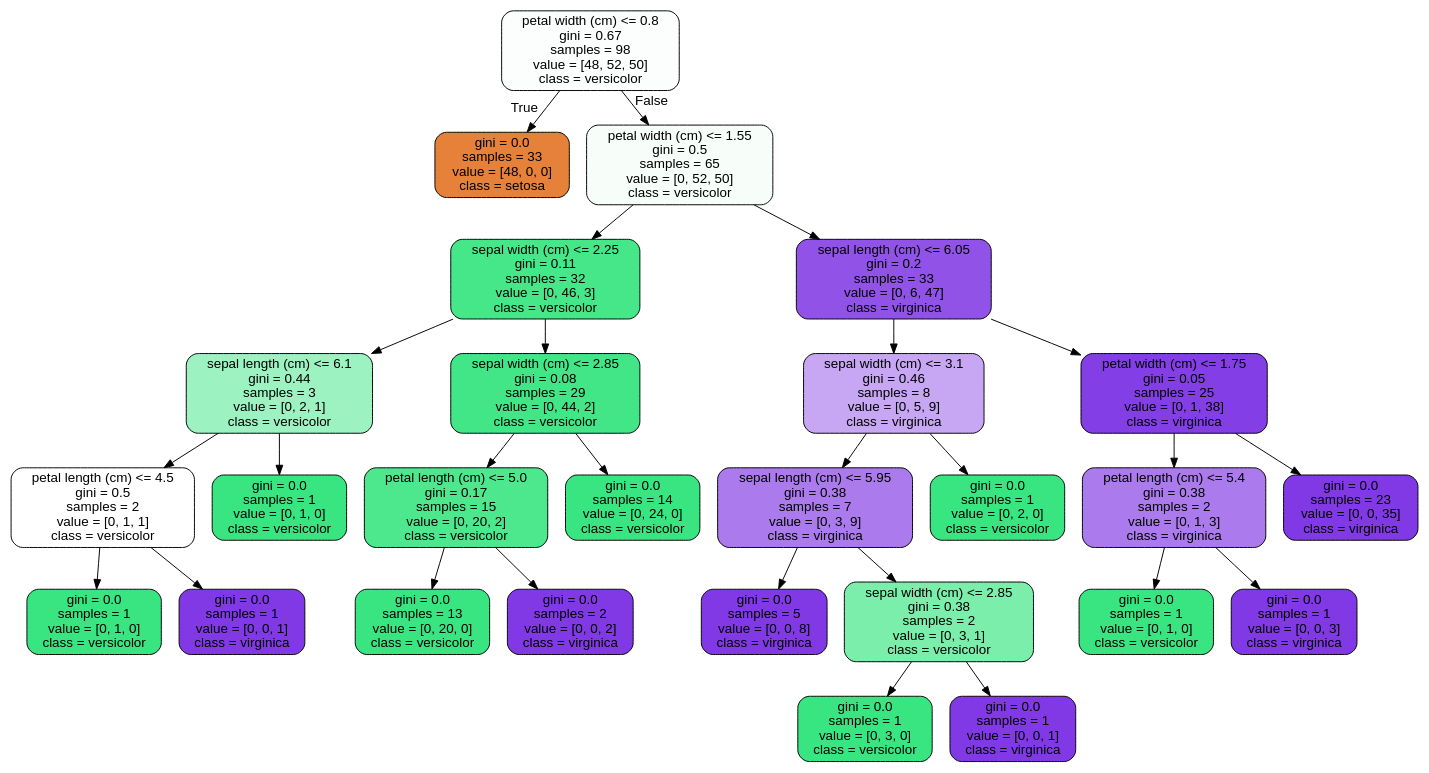
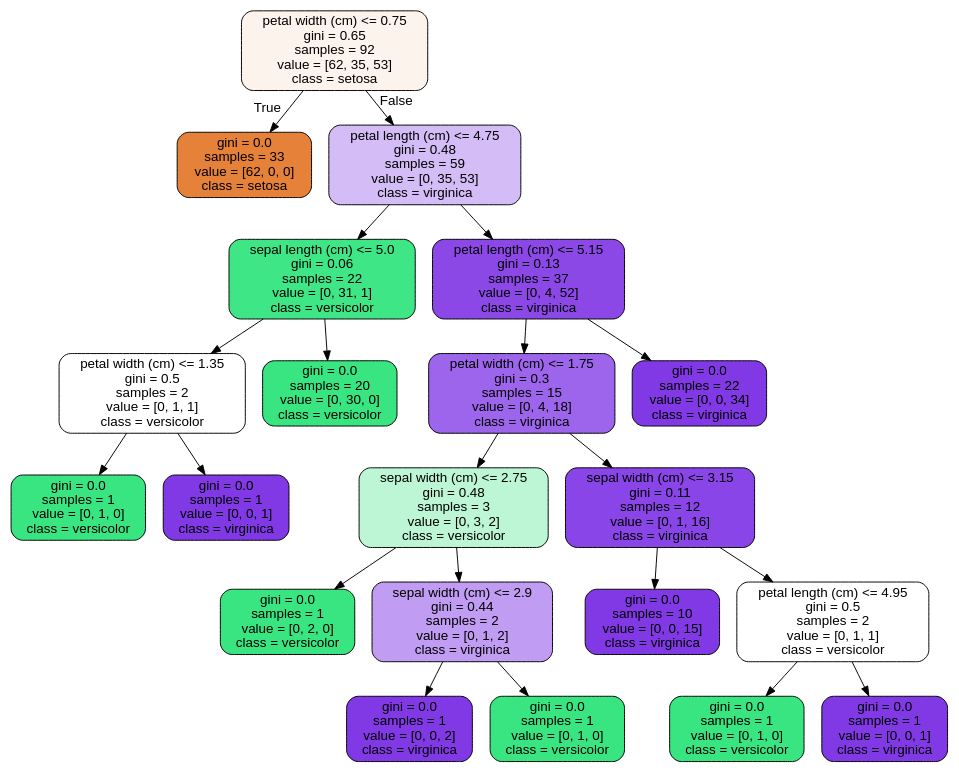
Before and after one commit to tripfernandes/RandomForest-Covid-Case-Study_06302020: the diagram in tree.dot, drawn with Graphviz. The commit also changed 1 other file, not shown here.

```diff
--- a/tree.dot
+++ b/tree.dot
@@ -1,57 +1,45 @@
 digraph Tree {
 node [shape=box, style="filled, rounded", color="black", fontname="helvetica"] ;
 edge [fontname="helvetica"] ;
-0 [label="petal width (cm) <= 0.8\ngini = 0.67\nsamples = 98\nvalue = [48, 52, 50]\nclass = versicolor", fillcolor="#fbfefc"] ;
-1 [label="gini = 0.0\nsamples = 33\nvalue = [48, 0, 0]\nclass = setosa", fillcolor="#e58139"] ;
+0 [label="petal width (cm) <= 0.75\ngini = 0.65\nsamples = 92\nvalue = [62, 35, 53]\nclass = setosa", fillcolor="#fdf3ed"] ;
+1 [label="gini = 0.0\nsamples = 33\nvalue = [62, 0, 0]\nclass = setosa", fillcolor="#e58139"] ;
 0 -> 1 [labeldistance=2.5, labelangle=45, headlabel="True"] ;
-2 [label="petal width (cm) <= 1.55\ngini = 0.5\nsamples = 65\nvalue = [0, 52, 50]\nclass = versicolor", fillcolor="#f7fefa"] ;
+2 [label="petal length (cm) <= 4.75\ngini = 0.48\nsamples = 59\nvalue = [0, 35, 53]\nclass = virginica", fillcolor="#d4bcf6"] ;
 0 -> 2 [labeldistance=2.5, labelangle=-45, headlabel="False"] ;
-3 [label="sepal width (cm) <= 2.25\ngini = 0.11\nsamples = 32\nvalue = [0, 46, 3]\nclass = versicolor", fillcolor="#46e789"] ;
+3 [label="sepal length (cm) <= 5.0\ngini = 0.06\nsamples = 22\nvalue = [0, 31, 1]\nclass = versicolor", fillcolor="#3fe685"] ;
 2 -> 3 ;
-4 [label="sepal length (cm) <= 6.1\ngini = 0.44\nsamples = 3\nvalue = [0, 2, 1]\nclass = versicolor", fillcolor="#9cf2c0"] ;
+4 [label="petal width (cm) <= 1.35\ngini = 0.5\nsamples = 2\nvalue = [0, 1, 1]\nclass = versicolor", fillcolor="#ffffff"] ;
 3 -> 4 ;
-5 [label="petal length (cm) <= 4.5\ngini = 0.5\nsamples = 2\nvalue = [0, 1, 1]\nclass = versicolor", fillcolor="#ffffff"] ;
+5 [label="gini = 0.0\nsamples = 1\nvalue = [0, 1, 0]\nclass = versicolor", fillcolor="#39e581"] ;
 4 -> 5 ;
-6 [label="gini = 0.0\nsamples = 1\nvalue = [0, 1, 0]\nclass = versicolor", fillcolor="#39e581"] ;
-5 -> 6 ;
-7 [label="gini = 0.0\nsamples = 1\nvalue = [0, 0, 1]\nclass = virginica", fillcolor="#8139e5"] ;
-5 -> 7 ;
-8 [label="gini = 0.0\nsamples = 1\nvalue = [0, 1, 0]\nclass = versicolor", fillcolor="#39e581"] ;
-4 -> 8 ;
-9 [label="sepal width (cm) <= 2.85\ngini = 0.08\nsamples = 29\nvalue = [0, 44, 2]\nclass = versicolor", fillcolor="#42e687"] ;
-3 -> 9 ;
-10 [label="petal length (cm) <= 5.0\ngini = 0.17\nsamples = 15\nvalue = [0, 20, 2]\nclass = versicolor", fillcolor="#4de88e"] ;
+6 [label="gini = 0.0\nsamples = 1\nvalue = [0, 0, 1]\nclass = virginica", fillcolor="#8139e5"] ;
+4 -> 6 ;
+7 [label="gini = 0.0\nsamples = 20\nvalue = [0, 30, 0]\nclass = versicolor", fillcolor="#39e581"] ;
+3 -> 7 ;
+8 [label="petal length (cm) <= 5.15\ngini = 0.13\nsamples = 37\nvalue = [0, 4, 52]\nclass = virginica", fillcolor="#8b48e7"] ;
+2 -> 8 ;
+9 [label="petal width (cm) <= 1.75\ngini = 0.3\nsamples = 15\nvalue = [0, 4, 18]\nclass = virginica", fillcolor="#9d65eb"] ;
+8 -> 9 ;
+10 [label="sepal width (cm) <= 2.75\ngini = 0.48\nsamples = 3\nvalue = [0, 3, 2]\nclass = versicolor", fillcolor="#bdf6d5"] ;
 9 -> 10 ;
-11 [label="gini = 0.0\nsamples = 13\nvalue = [0, 20, 0]\nclass = versicolor", fillcolor="#39e581"] ;
+11 [label="gini = 0.0\nsamples = 1\nvalue = [0, 2, 0]\nclass = versicolor", fillcolor="#39e581"] ;
 10 -> 11 ;
-12 [label="gini = 0.0\nsamples = 2\nvalue = [0, 0, 2]\nclass = virginica", fillcolor="#8139e5"] ;
+12 [label="sepal width (cm) <= 2.9\ngini = 0.44\nsamples = 2\nvalue = [0, 1, 2]\nclass = virginica", fillcolor="#c09cf2"] ;
 10 -> 12 ;
-13 [label="gini = 0.0\nsamples = 14\nvalue = [0, 24, 0]\nclass = versicolor", fillcolor="#39e581"] ;
-9 -> 13 ;
-14 [label="sepal length (cm) <= 6.05\ngini = 0.2\nsamples = 33\nvalue = [0, 6, 47]\nclass = virginica", fillcolor="#9152e8"] ;
-2 -> 14 ;
-15 [label="sepal width (cm) <= 3.1\ngini = 0.46\nsamples = 8\nvalue = [0, 5, 9]\nclass = virginica", fillcolor="#c7a7f3"] ;
-14 -> 15 ;
-16 [label="sepal length (cm) <= 5.95\ngini = 0.38\nsamples = 7\nvalue = [0, 3, 9]\nclass = virginica", fillcolor="#ab7bee"] ;
+13 [label="gini = 0.0\nsamples = 1\nvalue = [0, 0, 2]\nclass = virginica", fillcolor="#8139e5"] ;
+12 -> 13 ;
+14 [label="gini = 0.0\nsamples = 1\nvalue = [0, 1, 0]\nclass = versicolor", fillcolor="#39e581"] ;
+12 -> 14 ;
+15 [label="sepal width (cm) <= 3.15\ngini = 0.11\nsamples = 12\nvalue = [0, 1, 16]\nclass = virginica", fillcolor="#8945e7"] ;
+9 -> 15 ;
+16 [label="gini = 0.0\nsamples = 10\nvalue = [0, 0, 15]\nclass = virginica", fillcolor="#8139e5"] ;
 15 -> 16 ;
-17 [label="gini = 0.0\nsamples = 5\nvalue = [0, 0, 8]\nclass = virginica", fillcolor="#8139e5"] ;
-16 -> 17 ;
-18 [label="sepal width (cm) <= 2.85\ngini = 0.38\nsamples = 2\nvalue = [0, 3, 1]\nclass = versicolor", fillcolor="#7beeab"] ;
-16 -> 18 ;
-19 [label="gini = 0.0\nsamples = 1\nvalue = [0, 3, 0]\nclass = versicolor", fillcolor="#39e581"] ;
-18 -> 19 ;
-20 [label="gini = 0.0\nsamples = 1\nvalue = [0, 0, 1]\nclass = virginica", fillcolor="#8139e5"] ;
-18 -> 20 ;
-21 [label="gini = 0.0\nsamples = 1\nvalue = [0, 2, 0]\nclass = versicolor", fillcolor="#39e581"] ;
-15 -> 21 ;
-22 [label="petal width (cm) <= 1.75\ngini = 0.05\nsamples = 25\nvalue = [0, 1, 38]\nclass = virginica", fillcolor="#843ee6"] ;
-14 -> 22 ;
-23 [label="petal length (cm) <= 5.4\ngini = 0.38\nsamples = 2\nvalue = [0, 1, 3]\nclass = virginica", fillcolor="#ab7bee"] ;
-22 -> 23 ;
-24 [label="gini = 0.0\nsamples = 1\nvalue = [0, 1, 0]\nclass = versicolor", fillcolor="#39e581"] ;
-23 -> 24 ;
-25 [label="gini = 0.0\nsamples = 1\nvalue = [0, 0, 3]\nclass = virginica", fillcolor="#8139e5"] ;
-23 -> 25 ;
-26 [label="gini = 0.0\nsamples = 23\nvalue = [0, 0, 35]\nclass = virginica", fillcolor="#8139e5"] ;
-22 -> 26 ;
+17 [label="petal length (cm) <= 4.95\ngini = 0.5\nsamples = 2\nvalue = [0, 1, 1]\nclass = versicolor", fillcolor="#ffffff"] ;
+15 -> 17 ;
+18 [label="gini = 0.0\nsamples = 1\nvalue = [0, 1, 0]\nclass = versicolor", fillcolor="#39e581"] ;
+17 -> 18 ;
+19 [label="gini = 0.0\nsamples = 1\nvalue = [0, 0, 1]\nclass = virginica", fillcolor="#8139e5"] ;
+17 -> 19 ;
+20 [label="gini = 0.0\nsamples = 22\nvalue = [0, 0, 34]\nclass = virginica", fillcolor="#8139e5"] ;
+8 -> 20 ;
 }
```
